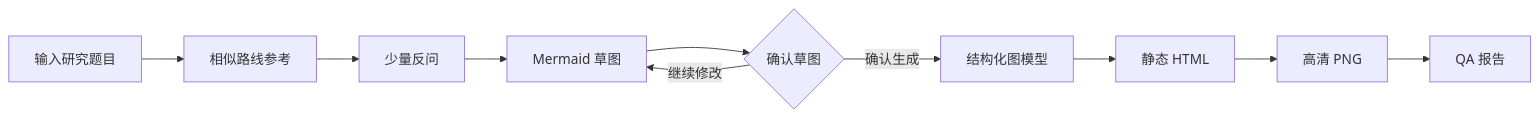
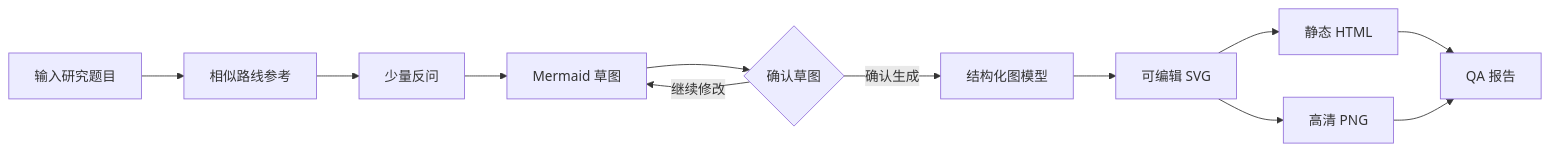
One commit to yz20211314/research-route-map changed the diagram in README.md. Above: the diagram before and after it, drawn with Mermaid. The commit also changed other lines of this file and 12 other files, not shown here.

````diff
--- a/README.md
+++ b/README.md
@@ -30,12 +30,14 @@
 ```mermaid
 flowchart LR
   T["输入研究题目"] --> R["相似路线参考"]
   R --> Q["少量反问"]
   Q --> D["Mermaid 草图"]
   D --> C{"确认草图"}
   C -->|继续修改| D
   C -->|确认生成| G["结构化图模型"]
-  G --> H["静态 HTML"]
-  H --> P["高清 PNG"]
-  P --> A["QA 报告"]
+  G --> S["可编辑 SVG"]
+  S --> H["静态 HTML"]
+  S --> P["高清 PNG"]
+  H --> A["QA 报告"]
+  P --> A
 ```
````
